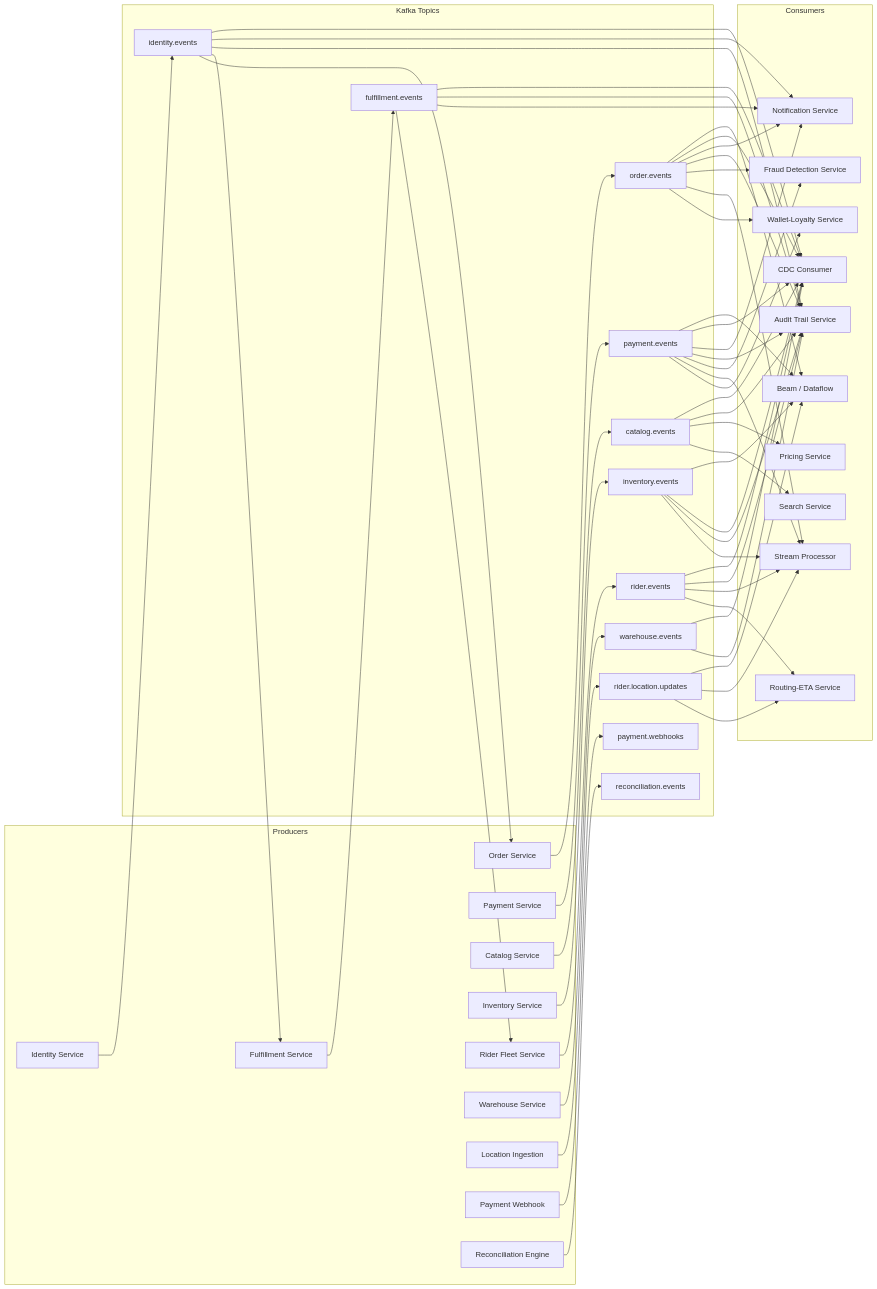
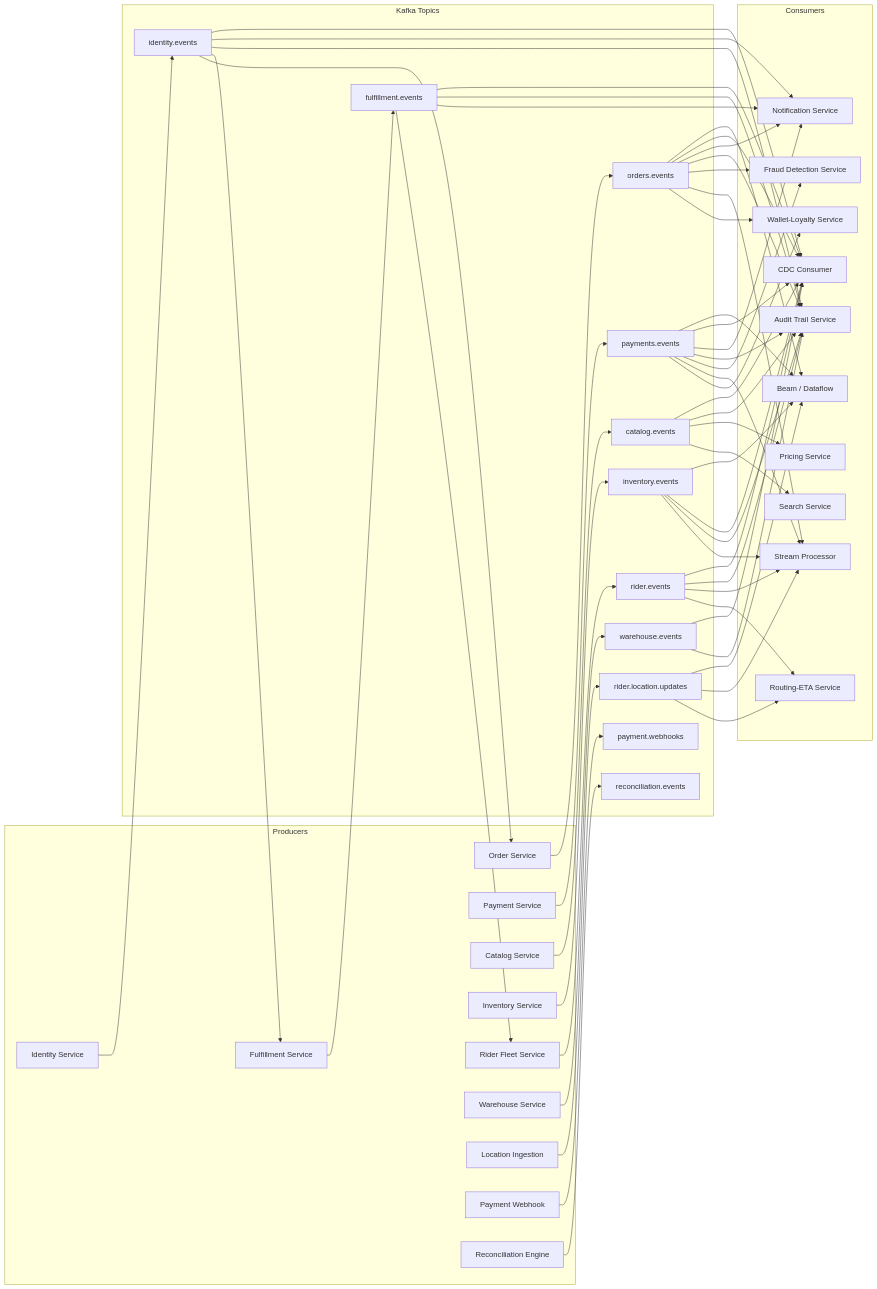
One commit to sunitakeazycommerz-a11y/InstaCommerce changed the first of 9 diagrams in docs/architecture/DATA-FLOW.md. Above: the diagram before and after it, drawn with Mermaid. The commit also changed other lines of this file and 124 other files, not shown here.

Commit message:
docs: synchronize root, architecture, ADR, service, and archive docs with codebase truth

```diff
--- a/docs/architecture/DATA-FLOW.md
+++ b/docs/architecture/DATA-FLOW.md
@@ -45,8 +45,8 @@
     end
 
     subgraph "Kafka Topics"
-        OE[order.events]
-        PE[payment.events]
+        OE[orders.events]
+        PE[payments.events]
         IE[identity.events]
         CE[catalog.events]
         INE[inventory.events]
```
